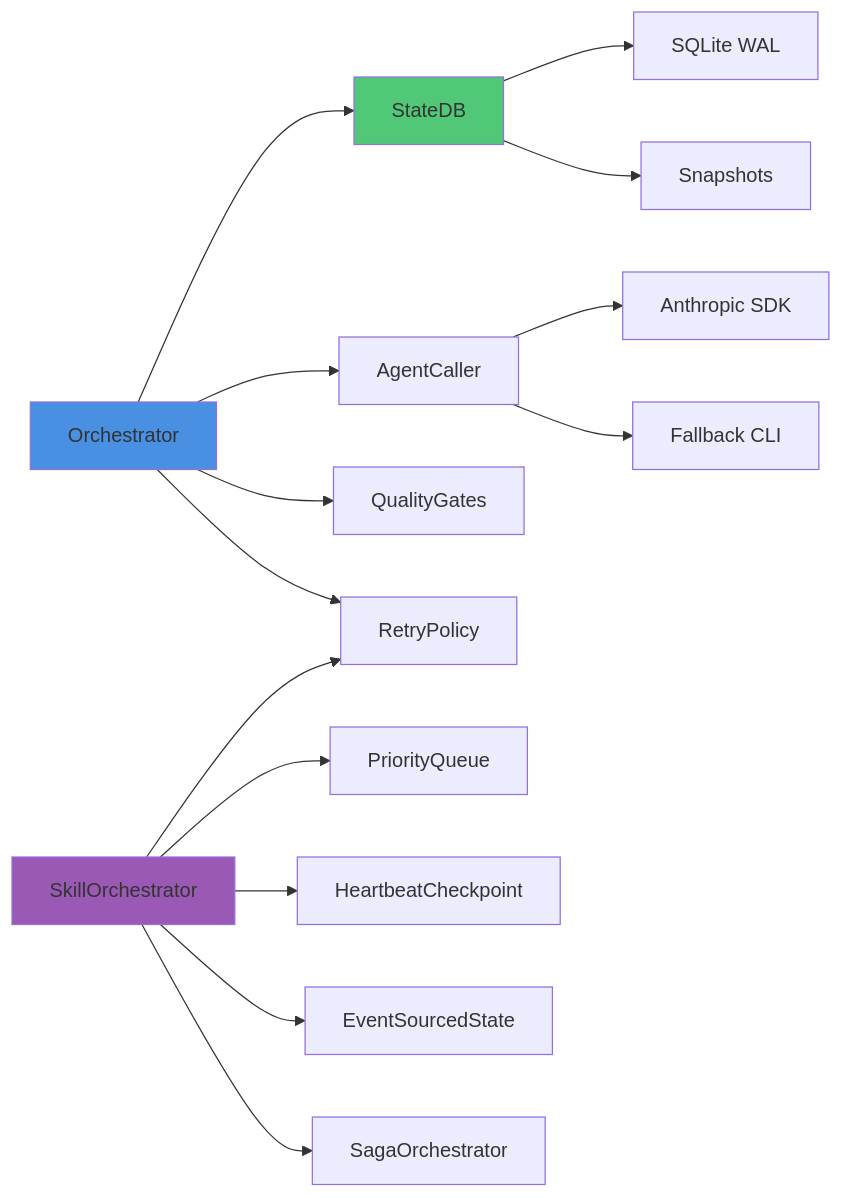
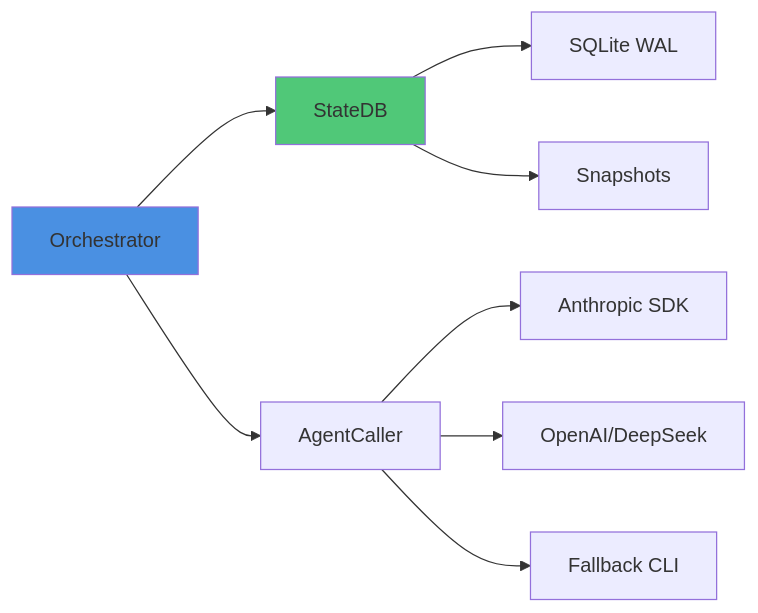
Before and after one commit to yfkzdk/aii-workflow: the third of 6 diagrams in docs/架构图.md, drawn with Mermaid. The commit also changed other lines of this file and 6 other files, not shown here.

````diff
--- a/docs/架构图.md
+++ b/docs/架构图.md
@@ -109,23 +104,15 @@
 ```mermaid
 graph LR
     Orchestrator[Orchestrator] --> StateDB[StateDB]
     Orchestrator --> AgentCaller[AgentCaller]
-    Orchestrator --> QualityGates[QualityGates]
-    Orchestrator --> RetryPolicy[RetryPolicy]
 
     AgentCaller --> SDK[Anthropic SDK]
+    AgentCaller --> OpenAICaller[OpenAI/DeepSeek]
     AgentCaller --> Fallback[Fallback CLI]
-
-    SkillOrchestrator[SkillOrchestrator] --> PriorityQueue[PriorityQueue]
-    SkillOrchestrator --> HeartbeatCheckpoint[HeartbeatCheckpoint]
-    SkillOrchestrator --> EventSourcedState[EventSourcedState]
-    SkillOrchestrator --> SagaOrchestrator[SagaOrchestrator]
-    SkillOrchestrator --> RetryPolicy
 
     StateDB --> SQLite[SQLite WAL]
     StateDB --> Snapshots[Snapshots]
 
     style Orchestrator fill:#4A90E2
-    style SkillOrchestrator fill:#9B59B6
     style StateDB fill:#50C878
 ```
````
